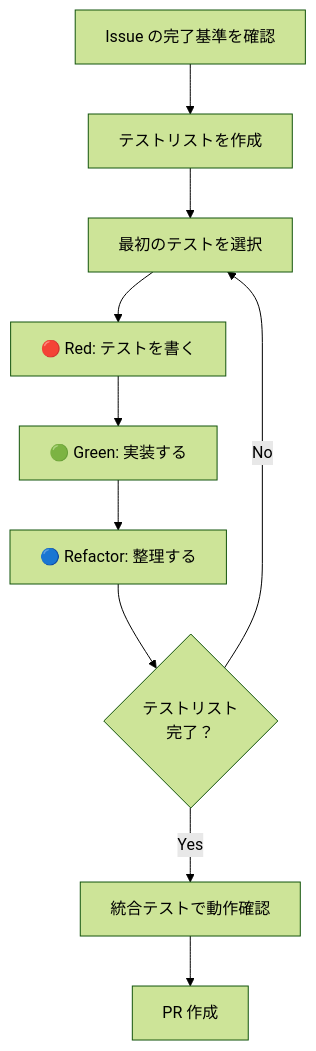
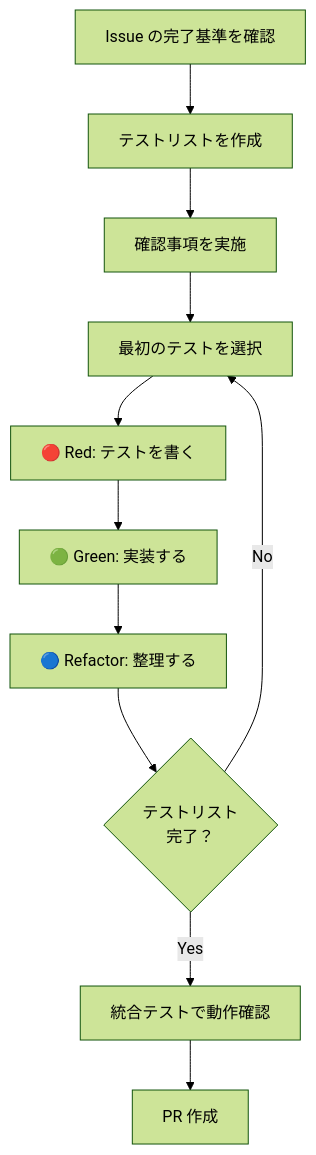
Before and after one commit to ka2kama/ringiflow: the third of 3 diagrams in docs/04_手順書/04_開発フロー/02_TDD開発フロー.md, drawn with Mermaid (forest theme). The commit also changed other lines of this file and 3 other files, not shown here.

````diff
--- a/docs/04_手順書/04_開発フロー/02_TDD開発フロー.md
+++ b/docs/04_手順書/04_開発フロー/02_TDD開発フロー.md
@@ -362,12 +380,13 @@
 ```mermaid
 flowchart TD
     A["Issue の完了基準を確認"] --> B["テストリストを作成"]
-    B --> C["最初のテストを選択"]
+    B --> V["確認事項を実施"]
+    V --> C["最初のテストを選択"]
     C --> D["🔴 Red: テストを書く"]
     D --> E["🟢 Green: 実装する"]
     E --> F["🔵 Refactor: 整理する"]
     F --> G{"テストリスト<br/>完了？"}
     G -->|No| C
     G -->|Yes| H["統合テストで動作確認"]
     H --> I["PR 作成"]
 ```
````
